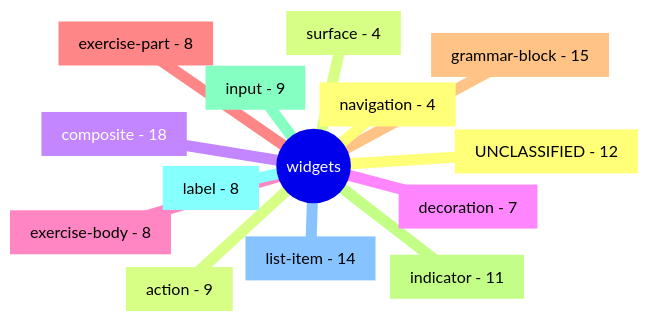
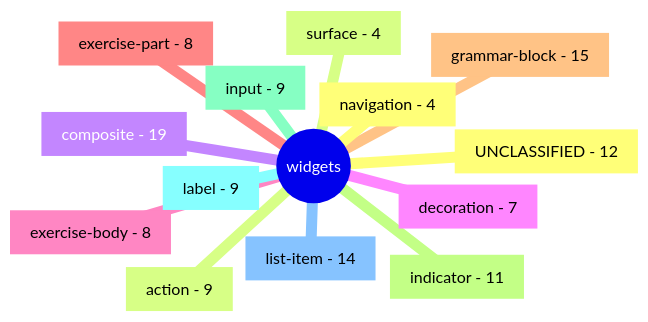
One commit to mirai-toto/manabi-do changed the diagram in docs/08_widget_inventory.md. Above: the diagram before and after it, drawn with Mermaid. The commit also changed other lines of this file and 5 other files, not shown here.

````diff
--- a/docs/08_widget_inventory.md
+++ b/docs/08_widget_inventory.md
@@ -11,17 +11,17 @@
 ```mermaid
 mindmap
   root((widgets))
     UNCLASSIFIED[UNCLASSIFIED - 12]
     action[action - 9]
-    composite[composite - 18]
+    composite[composite - 19]
     decoration[decoration - 7]
     exercise_body[exercise-body - 8]
     exercise_part[exercise-part - 8]
     grammar_block[grammar-block - 15]
     indicator[indicator - 11]
     input[input - 9]
-    label[label - 8]
+    label[label - 9]
     list_item[list-item - 14]
     navigation[navigation - 4]
     surface[surface - 4]
 ```
````
